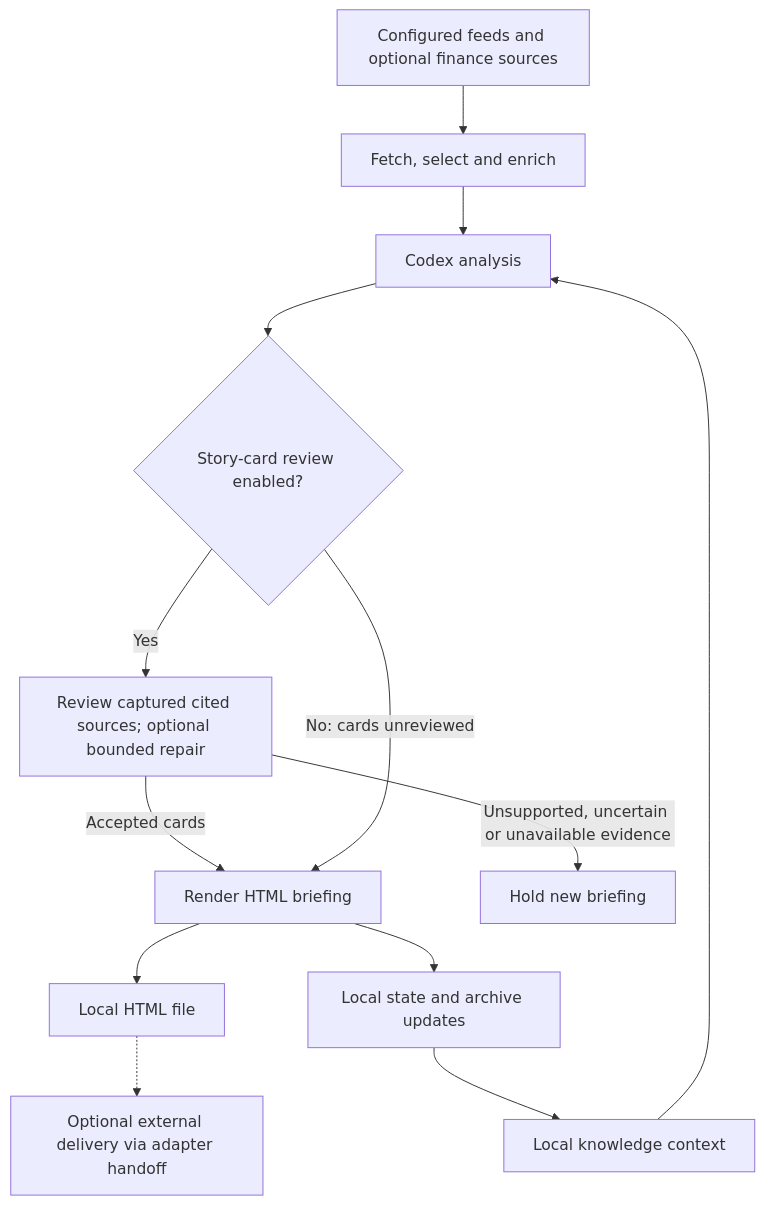
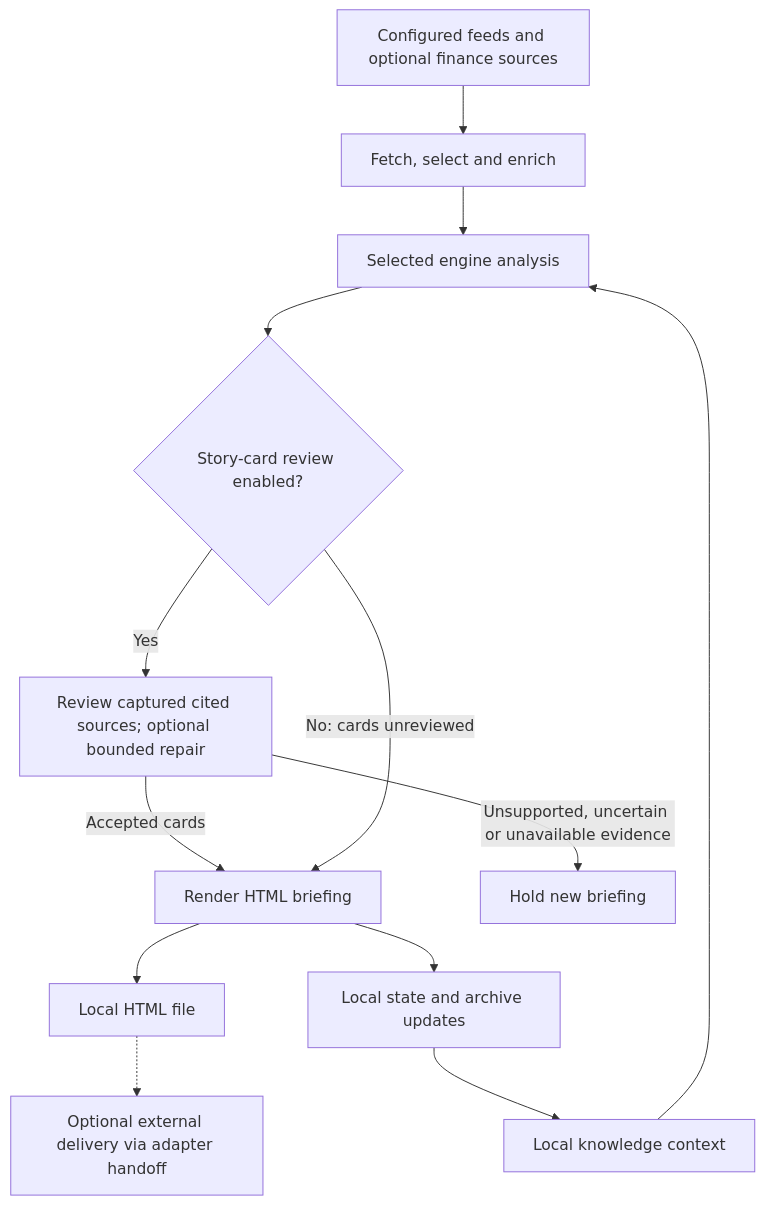
Before and after one commit to lilnavin/world-intel-alpha: the diagram in README.md, drawn with Mermaid. The commit also changed other lines of this file and 30 other files, not shown here.

````diff
--- a/README.md
+++ b/README.md
@@ -227,15 +233,15 @@
 ```mermaid
 flowchart TD
     S[Configured feeds and optional finance sources] --> F[Fetch, select and enrich]
-    F --> A[Codex analysis]
+    F --> A[Selected engine analysis]
     K[Local knowledge context] --> A
     A --> Q{Story-card review enabled?}
     Q -->|Yes| R[Review captured cited sources; optional bounded repair]
     R -->|Accepted cards| H[Render HTML briefing]
     R -->|Unsupported, uncertain or unavailable evidence| X[Hold new briefing]
     Q -->|No: cards unreviewed| H
     H --> L[Local HTML file]
     H --> U[Local state and archive updates]
     U --> K
     L -.-> D[Optional external delivery via adapter handoff]
 ```
````
